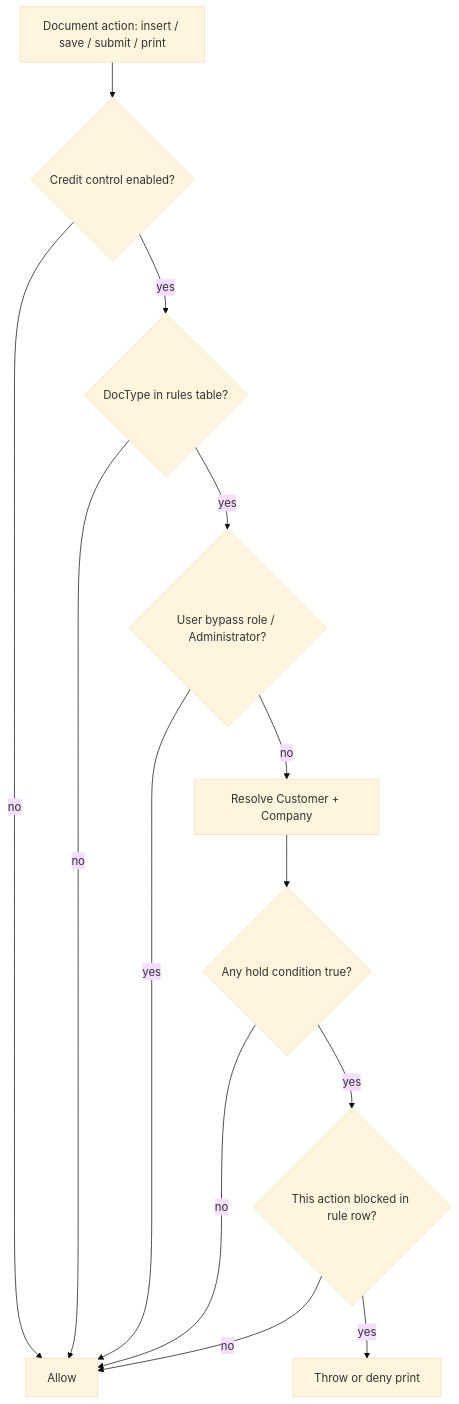
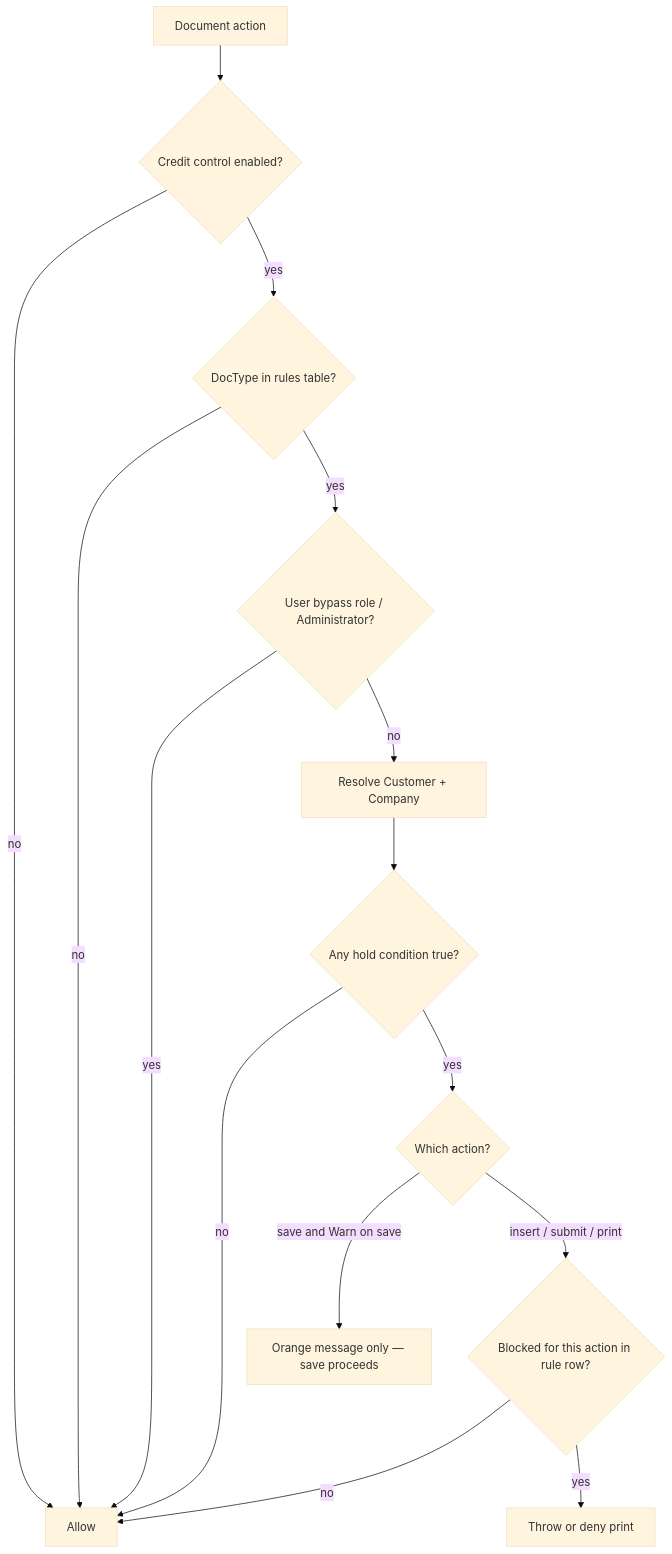
Before and after one commit to agilasoft/logistics: the diagram in logistics/wiki_content/credit_management.md, drawn with Mermaid (base theme). The commit also changed other lines of this file and 9 other files, not shown here.

````diff
--- a/logistics/wiki_content/credit_management.md
+++ b/logistics/wiki_content/credit_management.md
@@ -95,15 +121,17 @@
 ```mermaid
 flowchart TD
-  A[Document action: insert / save / submit / print] --> B{Credit control enabled?}
+  A[Document action] --> B{Credit control enabled?}
   B -->|no| Z[Allow]
   B -->|yes| C{DocType in rules table?}
   C -->|no| Z
   C -->|yes| D{User bypass role / Administrator?}
   D -->|yes| Z
   D -->|no| E[Resolve Customer + Company]
   E --> F{Any hold condition true?}
   F -->|no| Z
-  F -->|yes| G{This action blocked in rule row?}
-  G -->|no| Z
-  G -->|yes| H[Throw or deny print]
+  F -->|yes| G{Which action?}
+  G -->|save and Warn on save| W[Orange message only — save proceeds]
+  G -->|insert / submit / print| H{Blocked for this action in rule row?}
+  H -->|no| Z
+  H -->|yes| X[Throw or deny print]
 ```
````
